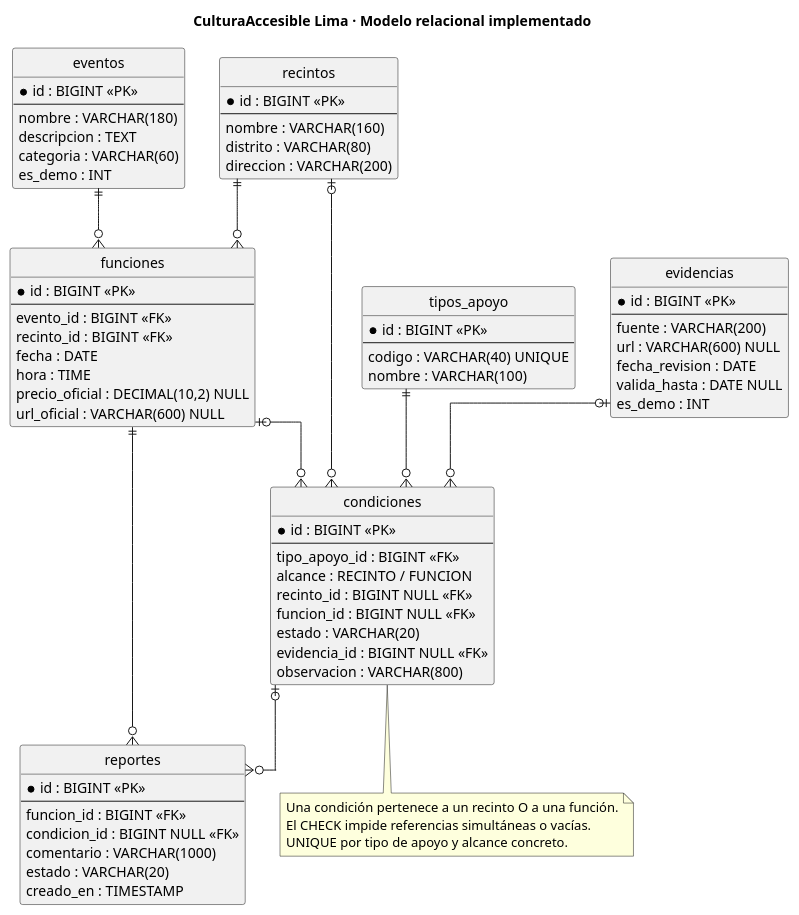
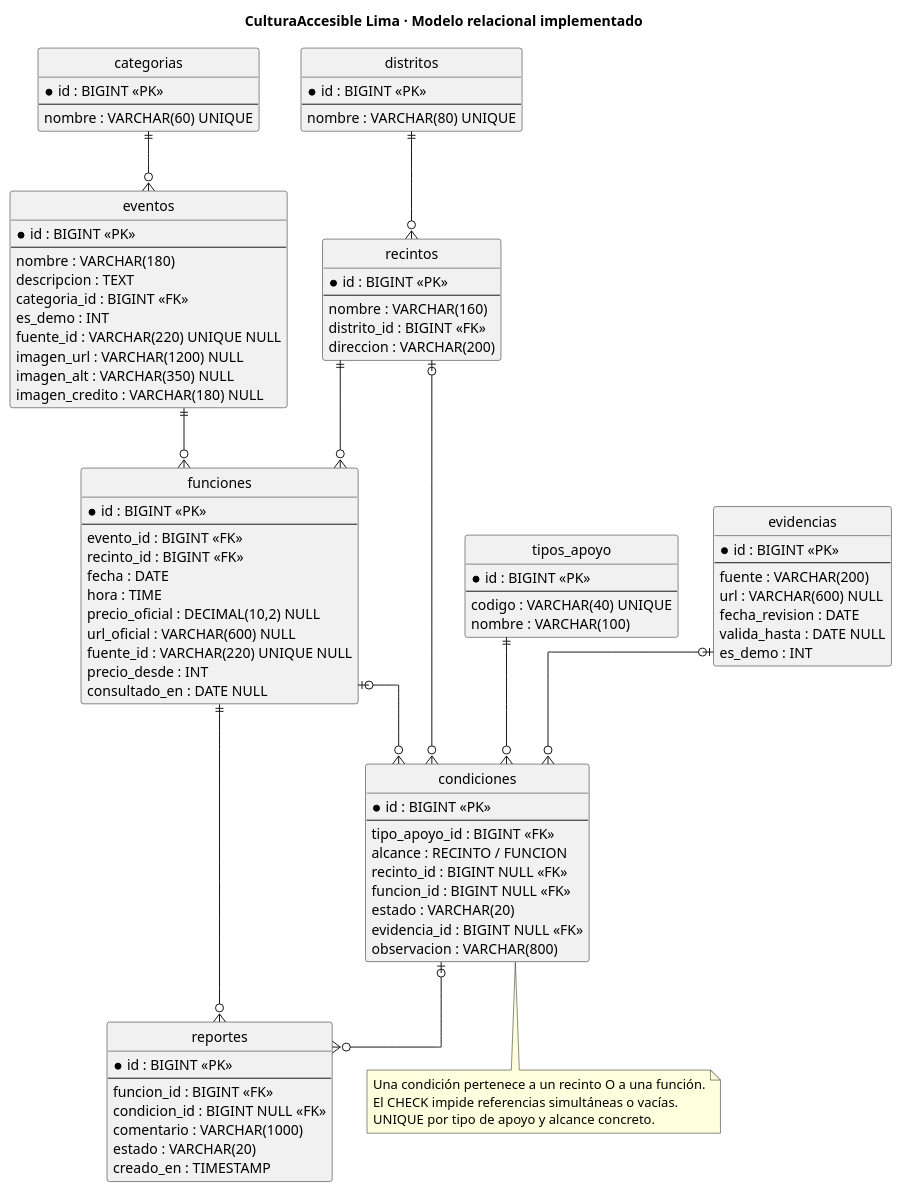
Before and after one commit to roykevinh9-boop/culturaaccesible-lima: the diagram in docs/base-datos.puml, drawn with PlantUML. The commit also changed 29 other files, not shown here.

Commit message:
Normalizar categorias y distritos conservando datos; actualizar modelo y entrega

```diff
--- a/docs/base-datos.puml
+++ b/docs/base-datos.puml
@@ -1,78 +1,97 @@
 @startuml
 title CulturaAccesible Lima · Modelo relacional implementado
 hide circle
 skinparam linetype ortho
+entity categorias {
+* id : BIGINT <<PK>>
+--
+nombre : VARCHAR(60) UNIQUE
+}
+entity distritos {
+* id : BIGINT <<PK>>
+--
+nombre : VARCHAR(80) UNIQUE
+}
 entity recintos {
 * id : BIGINT <<PK>>
 --
 nombre : VARCHAR(160)
-distrito : VARCHAR(80)
+distrito_id : BIGINT <<FK>>
 direccion : VARCHAR(200)
 }
 entity eventos {
 * id : BIGINT <<PK>>
 --
 nombre : VARCHAR(180)
 descripcion : TEXT
-categoria : VARCHAR(60)
+categoria_id : BIGINT <<FK>>
 es_demo : INT
+fuente_id : VARCHAR(220) UNIQUE NULL
+imagen_url : VARCHAR(1200) NULL
+imagen_alt : VARCHAR(350) NULL
+imagen_credito : VARCHAR(180) NULL
 }
 entity funciones {
 * id : BIGINT <<PK>>
 --
 evento_id : BIGINT <<FK>>
 recinto_id : BIGINT <<FK>>
 fecha : DATE
 hora : TIME
 precio_oficial : DECIMAL(10,2) NULL
 url_oficial : VARCHAR(600) NULL
+fuente_id : VARCHAR(220) UNIQUE NULL
+precio_desde : INT
+consultado_en : DATE NULL
 }
 entity tipos_apoyo {
 * id : BIGINT <<PK>>
 --
 codigo : VARCHAR(40) UNIQUE
 nombre : VARCHAR(100)
 }
 entity evidencias {
 * id : BIGINT <<PK>>
 --
 fuente : VARCHAR(200)
 url : VARCHAR(600) NULL
 fecha_revision : DATE
 valida_hasta : DATE NULL
 es_demo : INT
 }
 entity condiciones {
 * id : BIGINT <<PK>>
 --
 tipo_apoyo_id : BIGINT <<FK>>
 alcance : RECINTO / FUNCION
 recinto_id : BIGINT NULL <<FK>>
 funcion_id : BIGINT NULL <<FK>>
 estado : VARCHAR(20)
 evidencia_id : BIGINT NULL <<FK>>
 observacion : VARCHAR(800)
 }
 entity reportes {
 * id : BIGINT <<PK>>
 --
 funcion_id : BIGINT <<FK>>
 condicion_id : BIGINT NULL <<FK>>
 comentario : VARCHAR(1000)
 estado : VARCHAR(20)
 creado_en : TIMESTAMP
 }
 eventos ||--o{ funciones
 recintos ||--o{ funciones
 recintos |o--o{ condiciones
 funciones |o--o{ condiciones
 tipos_apoyo ||--o{ condiciones
 evidencias |o--o{ condiciones
+categorias ||--o{ eventos
+distritos ||--o{ recintos
 funciones ||--o{ reportes
 condiciones |o--o{ reportes
 note bottom of condiciones
 Una condición pertenece a un recinto O a una función.
 El CHECK impide referencias simultáneas o vacías.
 UNIQUE por tipo de apoyo y alcance concreto.
 end note
 @enduml
```
